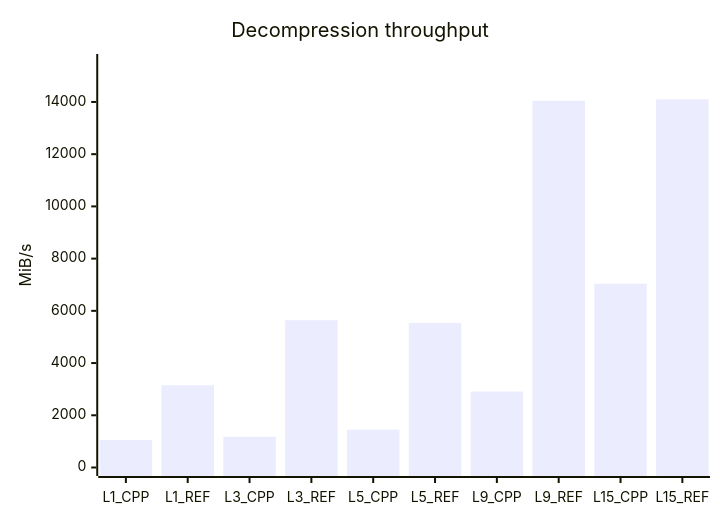
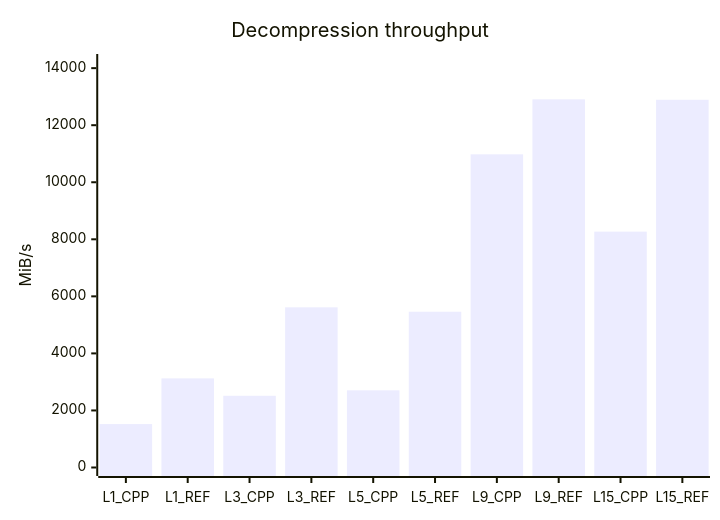
One commit to mheyman/zstdpp changed the fifth of 7 diagrams in README.md. Above: the diagram before and after it, drawn with Mermaid. The commit also changed other lines of this file, not shown here.

````diff
--- a/README.md
+++ b/README.md
@@ -178,7 +178,7 @@
 ```mermaid
 xychart-beta
     title "Decompression throughput"
     x-axis [L1_CPP, L1_REF, L3_CPP, L3_REF, L5_CPP, L5_REF, L9_CPP, L9_REF, L15_CPP, L15_REF]
-    y-axis "MiB/s" 0 --> 15511
-    bar [1053, 3151, 1174, 5643, 1448, 5534, 2907, 14045, 7040, 14100]
+    y-axis "MiB/s" 0 --> 14198
+    bar [1522, 3124, 2515, 5616, 2706, 5461, 10978, 12907, 8269, 12892]
 ```
````
